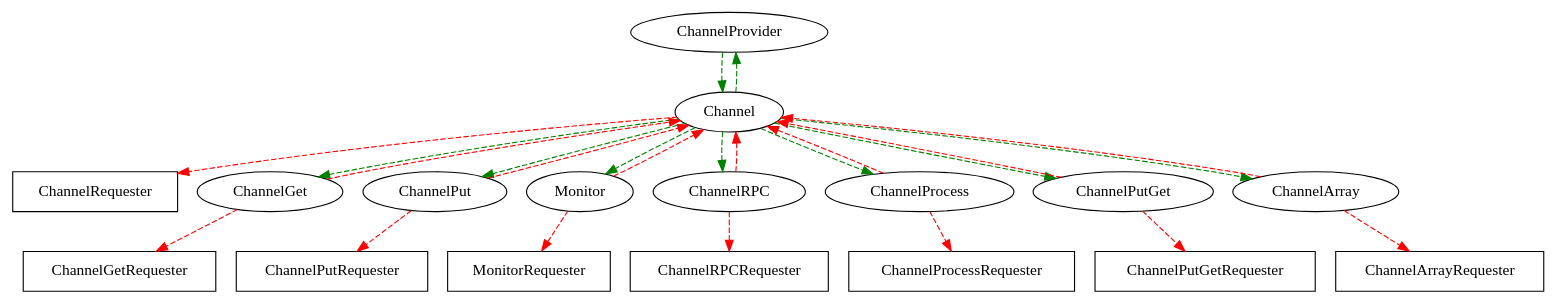
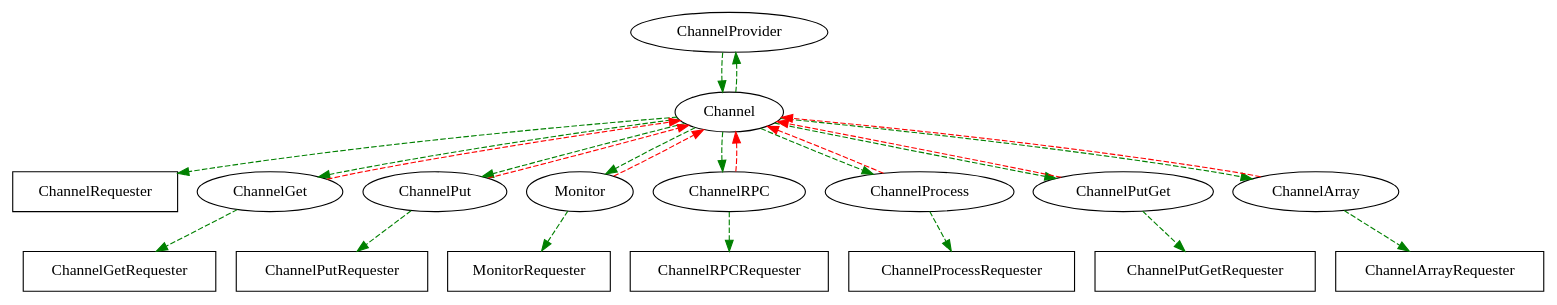
One commit to epics-base/pvAccessCPP changed the diagram in documentation/client_ownership.dot. Above: the diagram before and after it, drawn with Graphviz. The commit also changed 2 other files, not shown here.

Commit message:
update doc w/ operator -> requester change

```diff
--- a/documentation/client_ownership.dot
+++ b/documentation/client_ownership.dot
@@ -1,53 +1,53 @@
 digraph clientowner {
   ChannelProvider;
   Channel;
   ChannelRequester [shape=box];
 
   Channel;
   ChannelRequester [shape=box];
   ChannelGet;
   ChannelGetRequester [shape=box];
   ChannelPut;
   ChannelPutRequester [shape=box];
   Monitor;
   MonitorRequester [shape=box];
   ChannelRPC;
   ChannelRPCRequester [shape=box];
   ChannelProcess;
   ChannelProcessRequester [shape=box];
   ChannelPutGet;
   ChannelPutGetRequester [shape=box];
   ChannelArray;
   ChannelArrayRequester [shape=box];
 
   Channel -> ChannelProvider [color=green, style=dashed];
   ChannelProvider -> Channel [color=green, style=dashed];
 
-  # Operation -> Requester  strong ref
-  Channel -> ChannelRequester [color=red, style=dashed];
-  ChannelGet -> ChannelGetRequester [color=red, style=dashed];
-  ChannelPut -> ChannelPutRequester [color=red, style=dashed];
-  Monitor -> MonitorRequester [color=red, style=dashed];
-  ChannelRPC -> ChannelRPCRequester [color=red, style=dashed];
-  ChannelProcess -> ChannelProcessRequester [color=red, style=dashed];
-  ChannelPutGet -> ChannelPutGetRequester [color=red, style=dashed];
-  ChannelArray -> ChannelArrayRequester [color=red, style=dashed];
+  # Operation -> Requester  weak ref
+  Channel -> ChannelRequester [color=green, style=dashed];
+  ChannelGet -> ChannelGetRequester [color=green, style=dashed];
+  ChannelPut -> ChannelPutRequester [color=green, style=dashed];
+  Monitor -> MonitorRequester [color=green, style=dashed];
+  ChannelRPC -> ChannelRPCRequester [color=green, style=dashed];
+  ChannelProcess -> ChannelProcessRequester [color=green, style=dashed];
+  ChannelPutGet -> ChannelPutGetRequester [color=green, style=dashed];
+  ChannelArray -> ChannelArrayRequester [color=green, style=dashed];
 
   # Channel -> Operation  weak ref
   Channel -> ChannelGet [color=green, style=dashed];
   Channel -> ChannelPut [color=green, style=dashed];
   Channel -> Monitor [color=green, style=dashed];
   Channel -> ChannelRPC [color=green, style=dashed];
   Channel -> ChannelProcess [color=green, style=dashed];
   Channel -> ChannelPutGet [color=green, style=dashed];
   Channel -> ChannelArray [color=green, style=dashed];
 
   # Operation -> Channel  strong ref
   ChannelGet -> Channel [color=red, style=dashed];
   ChannelPut -> Channel [color=red, style=dashed];
   Monitor -> Channel [color=red, style=dashed];
   ChannelRPC -> Channel [color=red, style=dashed];
   ChannelProcess -> Channel [color=red, style=dashed];
   ChannelPutGet -> Channel [color=red, style=dashed];
   ChannelArray -> Channel [color=red, style=dashed];
 }
```
